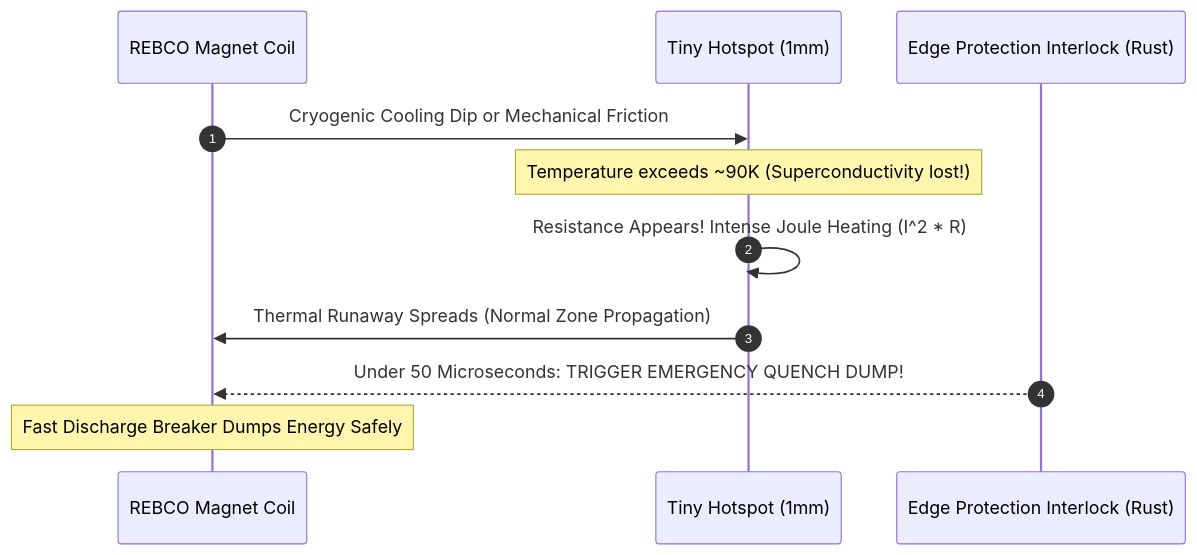
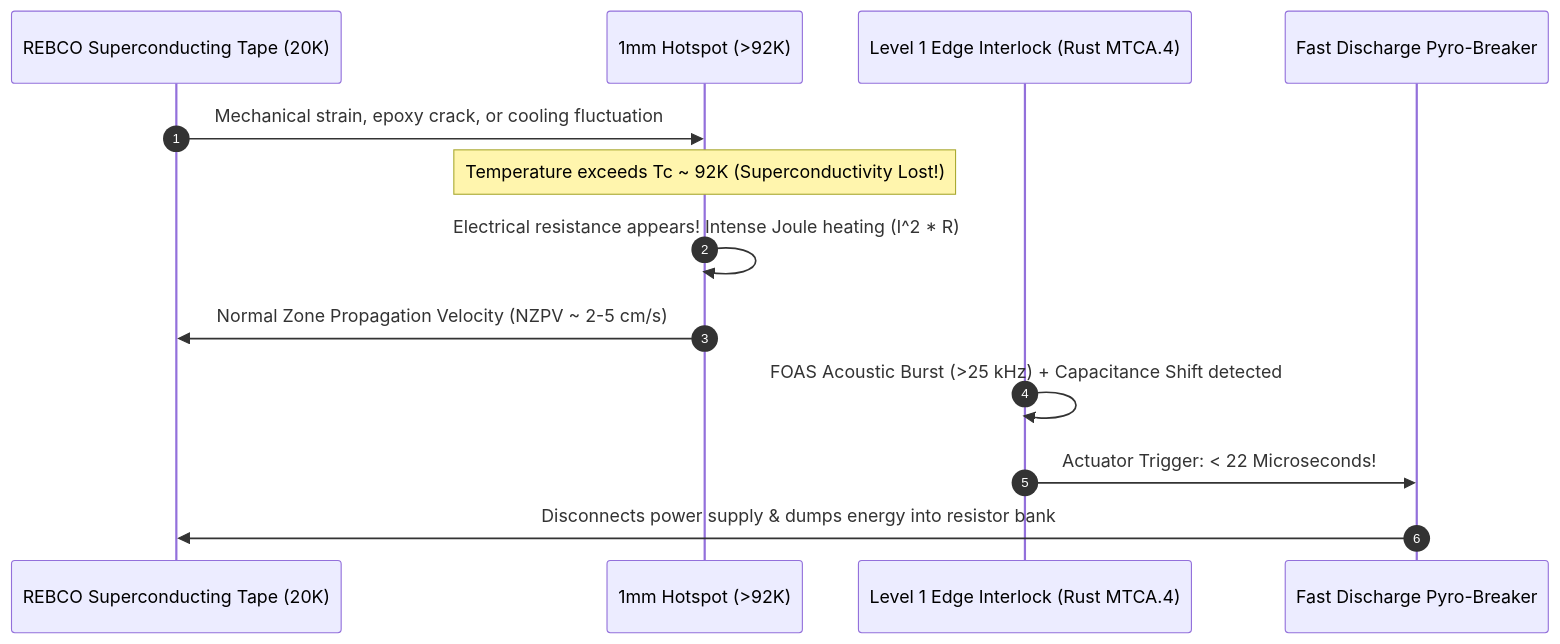
The fourth of 6 diagrams in TUTORIAL.md (skhy-ai/tami-cama), drawn with Mermaid before and after one commit. The commit also changed other lines of this file and 4 other files, not shown here.

````diff
--- a/TUTORIAL.md
+++ b/TUTORIAL.md
@@ -238,14 +251,16 @@
 ```mermaid
 sequenceDiagram
     autonumber
-    participant Coil as REBCO Magnet Coil
-    participant Spot as Tiny Hotspot (1mm)
-    participant Dump as Edge Protection Interlock (Rust)
+    participant Tape as REBCO Superconducting Tape (20K)
+    participant Hotspot as 1mm Hotspot (>92K)
+    participant Edge as Level 1 Edge Interlock (Rust MTCA.4)
+    participant Breaker as Fast Discharge Pyro-Breaker
     
-    Coil->>Spot: Cryogenic Cooling Dip or Mechanical Friction
-    Note over Spot: Temperature exceeds ~90K (Superconductivity lost!)
-    Spot->>Spot: Resistance Appears! Intense Joule Heating (I^2 * R)
-    Spot->>Coil: Thermal Runaway Spreads (Normal Zone Propagation)
-    Dump-->>Coil: Under 50 Microseconds: TRIGGER EMERGENCY QUENCH DUMP!
-    Note over Coil: Fast Discharge Breaker Dumps Energy Safely
+    Tape->>Hotspot: Mechanical strain, epoxy crack, or cooling fluctuation
+    Note over Hotspot: Temperature exceeds Tc ~ 92K (Superconductivity Lost!)
+    Hotspot->>Hotspot: Electrical resistance appears! Intense Joule heating (I^2 * R)
+    Hotspot->>Tape: Normal Zone Propagation Velocity (NZPV ~ 2-5 cm/s)
+    Edge->>Edge: FOAS Acoustic Burst (>25 kHz) + Capacitance Shift detected
+    Edge->>Breaker: Actuator Trigger: < 22 Microseconds!
+    Breaker->>Tape: Disconnects power supply & dumps energy into resistor bank
 ```
````
